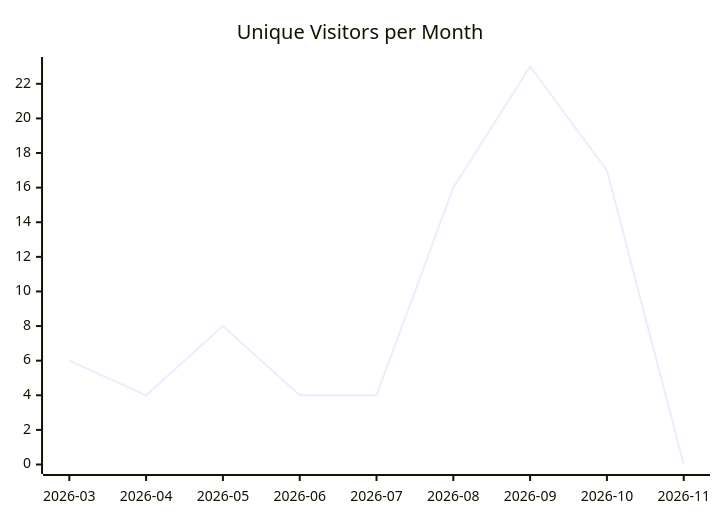
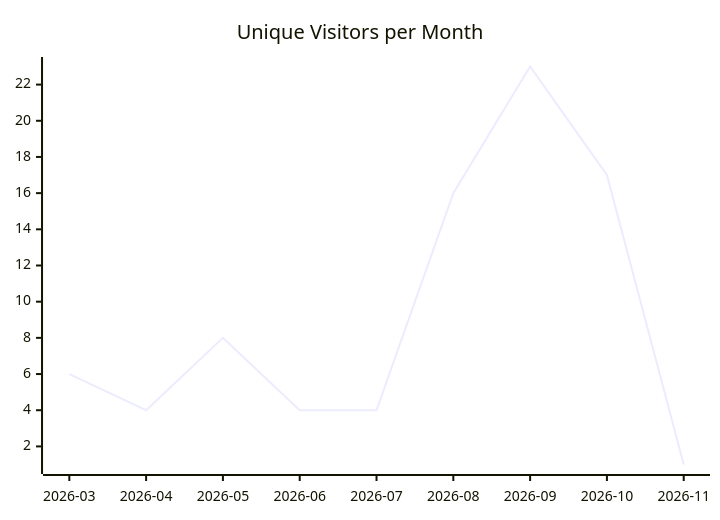
Before and after one commit to justdavis-family/github-analytics-data: the first of 3 diagrams in karlmdavis/xmlpull/README.md, drawn with Mermaid. The commit also changed other lines of this file and 188 other files, not shown here.

````diff
--- a/karlmdavis/xmlpull/README.md
+++ b/karlmdavis/xmlpull/README.md
@@ -5,6 +5,6 @@
 ```mermaid
 xychart-beta
   title "Unique Visitors per Month"
   x-axis ["2026-03", "2026-04", "2026-05", "2026-06", "2026-07", "2026-08", "2026-09", "2026-10", "2026-11"]
-  line [6, 4, 8, 4, 4, 16, 23, 17, 0]
+  line [6, 4, 8, 4, 4, 16, 23, 17, 1]
 ```
````
